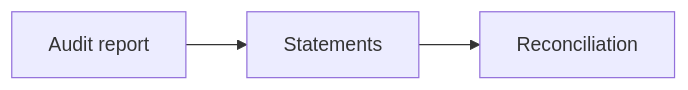
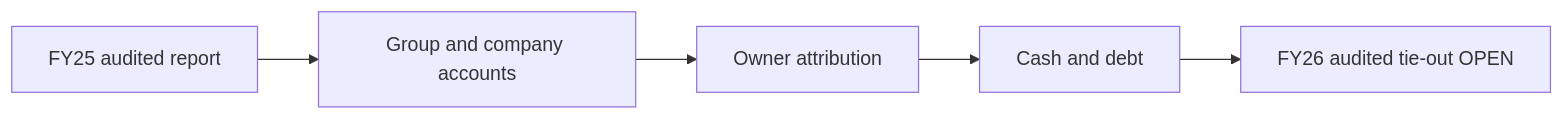
One commit to Gajarthan/SCAP-N0000-Research changed the diagram in 01-Fundamental-Analysis/02-Financial-Statements/README.md. Above: the diagram before and after it, drawn with Mermaid. The commit also changed other lines of this file, not shown here.

Commit message:
research(financials): replace generic guide with audited 2025 and interim 2026 SCAP statements

````diff
--- a/01-Fundamental-Analysis/02-Financial-Statements/README.md
+++ b/01-Fundamental-Analysis/02-Financial-Statements/README.md
@@ -20,4 +25,7 @@
 ```mermaid
 flowchart LR
-  A["Audit report"] --> B["Statements"] --> C["Reconciliation"]
+  A["FY25 audited report"] --> B["Group and company accounts"]
+  B --> C["Owner attribution"]
+  C --> D["Cash and debt"]
+  D --> E["FY26 audited tie-out OPEN"]
 ```
````
